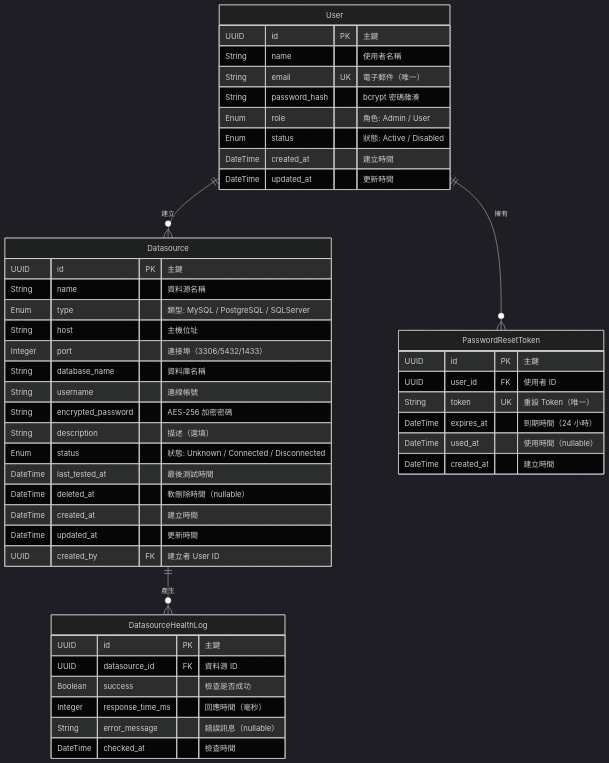
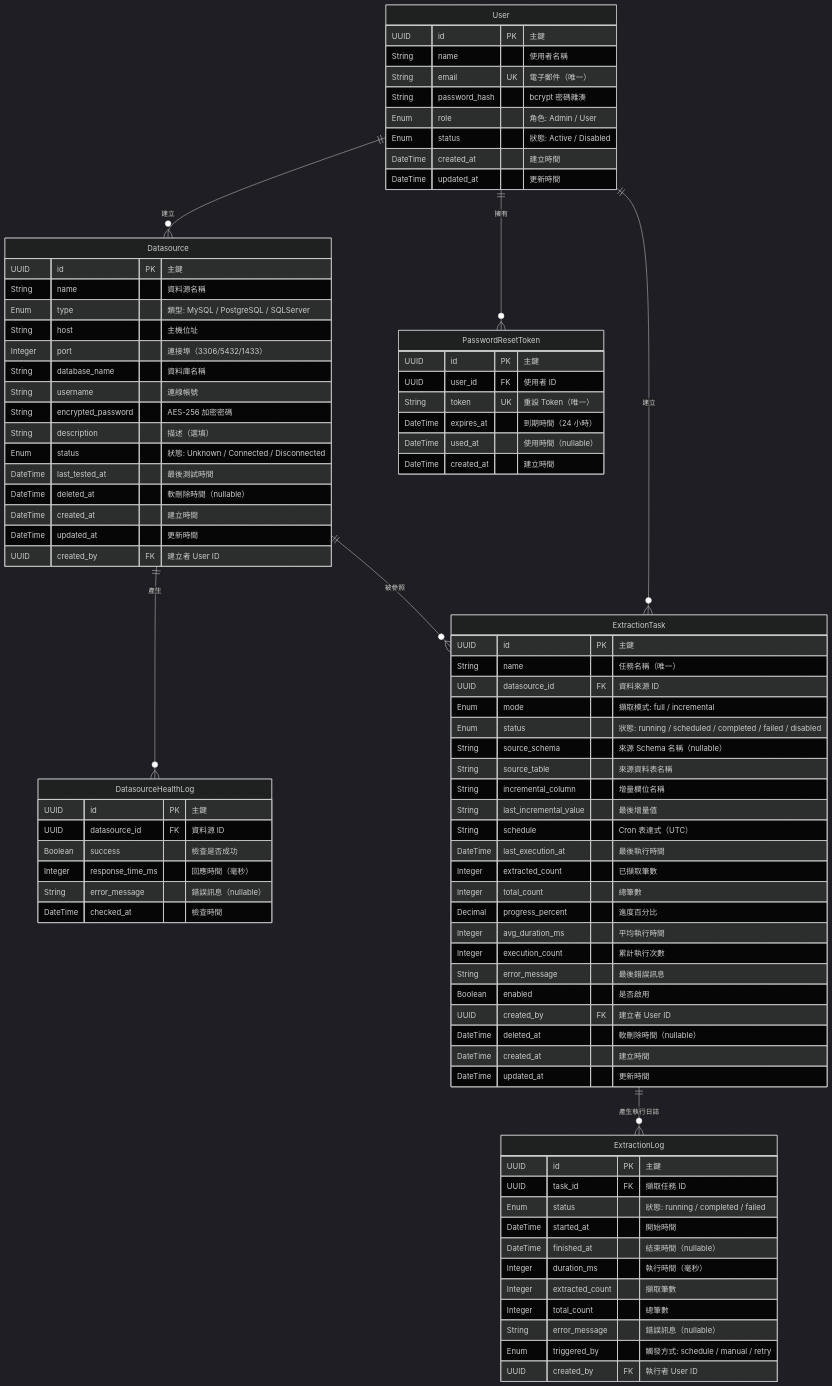
One commit to wisewhalesoft/cdmp-mvp changed the diagram in docs/specs/diagrams/er-diagram.md. Above: the diagram before and after it, drawn with Mermaid (dark theme). The commit also changed other lines of this file and 13 other files, not shown here.

First line of the commit message:
docs(E04): 更新 specs — raw data 落地、source_schema 拆分、F026 預覽

````diff
--- a/docs/specs/diagrams/er-diagram.md
+++ b/docs/specs/diagrams/er-diagram.md
@@ -59,7 +59,49 @@
         DateTime checked_at "檢查時間"
     }
 
+    ExtractionTask {
+        UUID id PK "主鍵"
+        String name "任務名稱（唯一）"
+        UUID datasource_id FK "資料來源 ID"
+        Enum mode "擷取模式: full / incremental"
+        Enum status "狀態: running / scheduled / completed / failed / disabled"
+        String source_schema "來源 Schema 名稱（nullable）"
+        String source_table "來源資料表名稱"
+        String incremental_column "增量欄位名稱"
+        String last_incremental_value "最後增量值"
+        String schedule "Cron 表達式（UTC）"
+        DateTime last_execution_at "最後執行時間"
+        Integer extracted_count "已擷取筆數"
+        Integer total_count "總筆數"
+        Decimal progress_percent "進度百分比"
+        Integer avg_duration_ms "平均執行時間"
+        Integer execution_count "累計執行次數"
+        String error_message "最後錯誤訊息"
+        Boolean enabled "是否啟用"
+        UUID created_by FK "建立者 User ID"
+        DateTime deleted_at "軟刪除時間（nullable）"
+        DateTime created_at "建立時間"
+        DateTime updated_at "更新時間"
+    }
+
+    ExtractionLog {
+        UUID id PK "主鍵"
+        UUID task_id FK "擷取任務 ID"
+        Enum status "狀態: running / completed / failed"
+        DateTime started_at "開始時間"
+        DateTime finished_at "結束時間（nullable）"
+        Integer duration_ms "執行時間（毫秒）"
+        Integer extracted_count "擷取筆數"
+        Integer total_count "總筆數"
+        String error_message "錯誤訊息（nullable）"
+        Enum triggered_by "觸發方式: schedule / manual / retry"
+        UUID created_by FK "執行者 User ID"
+    }
+
     User ||--o{ Datasource : "建立"
     User ||--o{ PasswordResetToken : "擁有"
+    User ||--o{ ExtractionTask : "建立"
     Datasource ||--o{ DatasourceHealthLog : "產生"
+    Datasource ||--o{ ExtractionTask : "被參照"
+    ExtractionTask ||--o{ ExtractionLog : "產生執行日誌"
 ```
````
